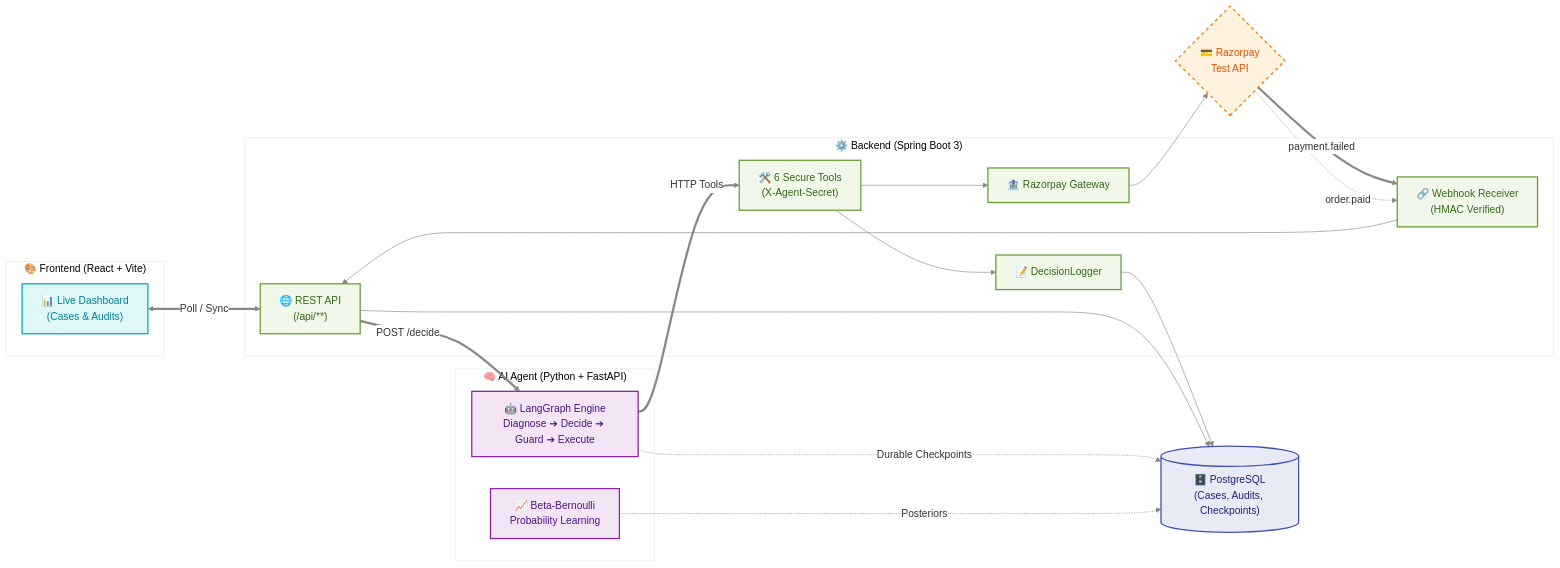
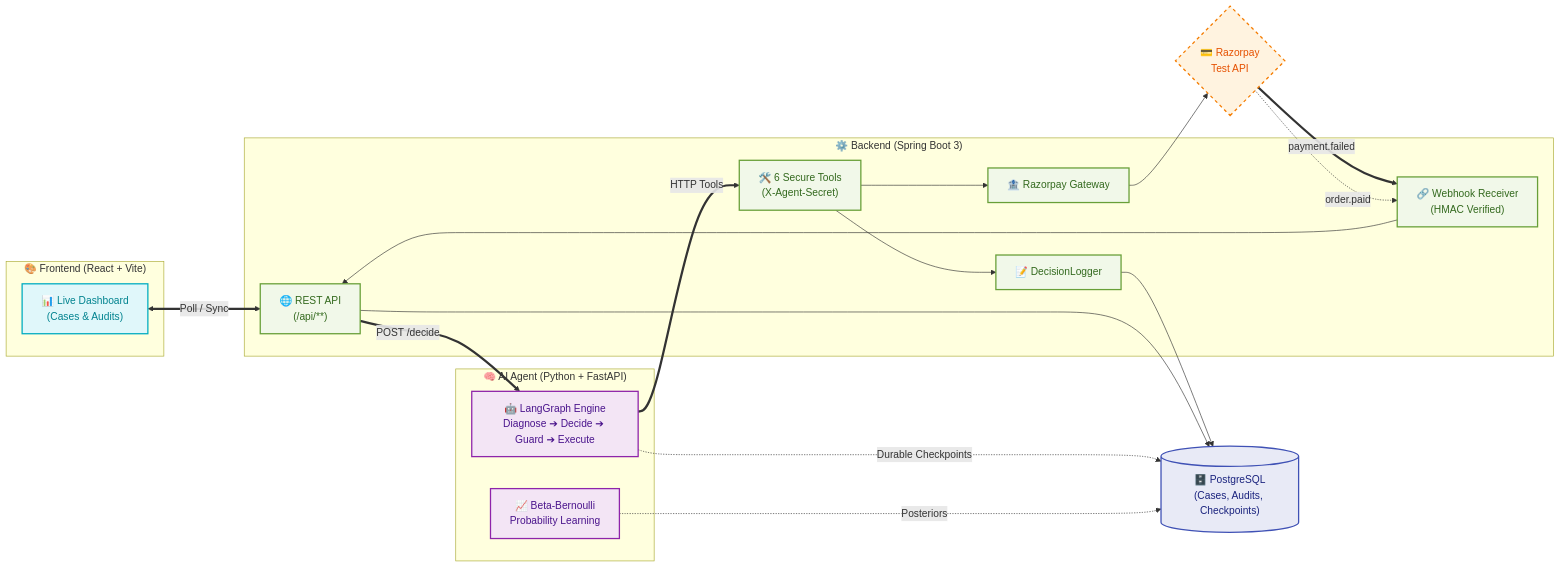
Before and after one commit to engnaman7752/razorpay-revenue-recovery-engine: the first of 3 diagrams in README.md, drawn with Mermaid. The commit also changed other lines of this file, not shown here.

Commit message:
docs: remove hardcoded mermaid themes to support GitHub dark mode

````diff
--- a/README.md
+++ b/README.md
@@ -56,43 +56,42 @@
 ```mermaid
-%%{init: {'theme': 'base', 'themeVariables': { 'primaryColor': '#ffffff', 'primaryBorderColor': '#333333', 'lineColor': '#888888', 'fontFamily': 'arial'}}}%%
 flowchart LR
     classDef frontend fill:#e0f7fa,stroke:#00acc1,stroke-width:2px,color:#00838f
     classDef backend fill:#f1f8e9,stroke:#689f38,stroke-width:2px,color:#33691e
     classDef agent fill:#f3e5f5,stroke:#8e24aa,stroke-width:2px,color:#4a148c
     classDef external fill:#fff3e0,stroke:#f57c00,stroke-width:2px,color:#e65100,stroke-dasharray: 5 5
     classDef db fill:#e8eaf6,stroke:#3f51b5,stroke-width:2px,color:#1a237e
 
     subgraph FE["🎨 Frontend (React + Vite)"]
         UI["📊 Live Dashboard<br/>(Cases & Audits)"]:::frontend
     end
 
     subgraph BE["⚙️ Backend (Spring Boot 3)"]
         API["🌐 REST API<br/>(/api/**)"]:::backend
         WH["🔗 Webhook Receiver<br/>(HMAC Verified)"]:::backend
         TOOLS["🛠️ 6 Secure Tools<br/>(X-Agent-Secret)"]:::backend
         GW["🏦 Razorpay Gateway"]:::backend
         LOG["📝 DecisionLogger"]:::backend
     end
 
     subgraph AG["🧠 AI Agent (Python + FastAPI)"]
         GRAPH["🤖 LangGraph Engine<br/>Diagnose ➔ Decide ➔ Guard ➔ Execute"]:::agent
         LEARN["📈 Beta-Bernoulli<br/>Probability Learning"]:::agent
     end
 
     RZP{"💳 Razorpay<br/>Test API"}:::external
     DB[("🗄️ PostgreSQL<br/>(Cases, Audits, Checkpoints)")]:::db
 
     UI <==>|Poll / Sync| API
     RZP == "payment.failed" ==> WH
     WH --> API
     API == "POST /decide" ==> GRAPH
     GRAPH == "HTTP Tools" ==> TOOLS
     TOOLS --> GW
     GW --> RZP
     RZP -. "order.paid" .-> WH
     TOOLS --> LOG
     LOG --> DB
     API --> DB
     GRAPH -. "Durable Checkpoints" .-> DB
     LEARN -. "Posteriors" .-> DB
 ```
````
